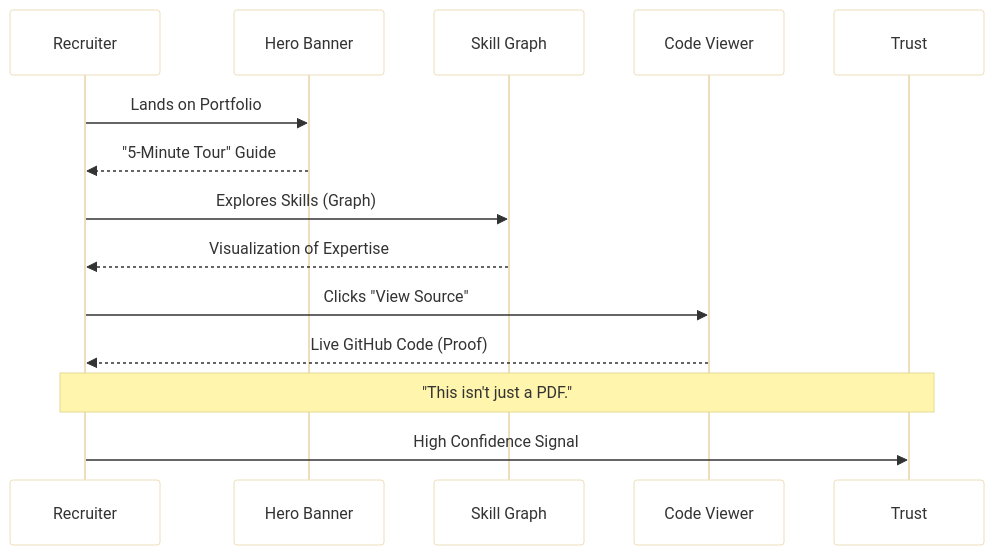
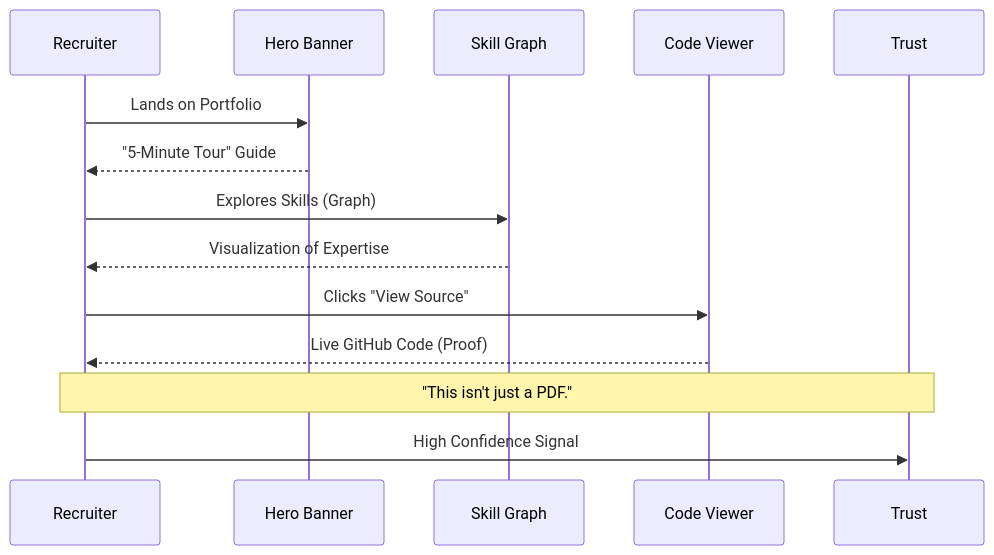
The diagram in docs/guides/01-Executive-Overview.md (rdbumstead/salesforce-platform-architect-portfolio), drawn with Mermaid before and after one commit. The commit also changed 2 other files, not shown here.

Commit message:
chore: update site title, content, and Mermaid styling in docs

````diff
--- a/docs/guides/01-Executive-Overview.md
+++ b/docs/guides/01-Executive-Overview.md
@@ -51,18 +51,17 @@
 ```mermaid
 sequenceDiagram
-    %%{init: {'theme': 'base', 'themeVariables': { 'mainBkg': '#ffffff'}}}%%
     participant R as Recruiter
     participant H as Hero Banner
     participant G as Skill Graph
     participant C as Code Viewer
     participant T as Trust
 
     R->>H: Lands on Portfolio
     H-->>R: "5-Minute Tour" Guide
     R->>G: Explores Skills (Graph)
     G-->>R: Visualization of Expertise
     R->>C: Clicks "View Source"
     C-->>R: Live GitHub Code (Proof)
     Note over R,T: "This isn't just a PDF."
     R->>T: High Confidence Signal
 ```
````
